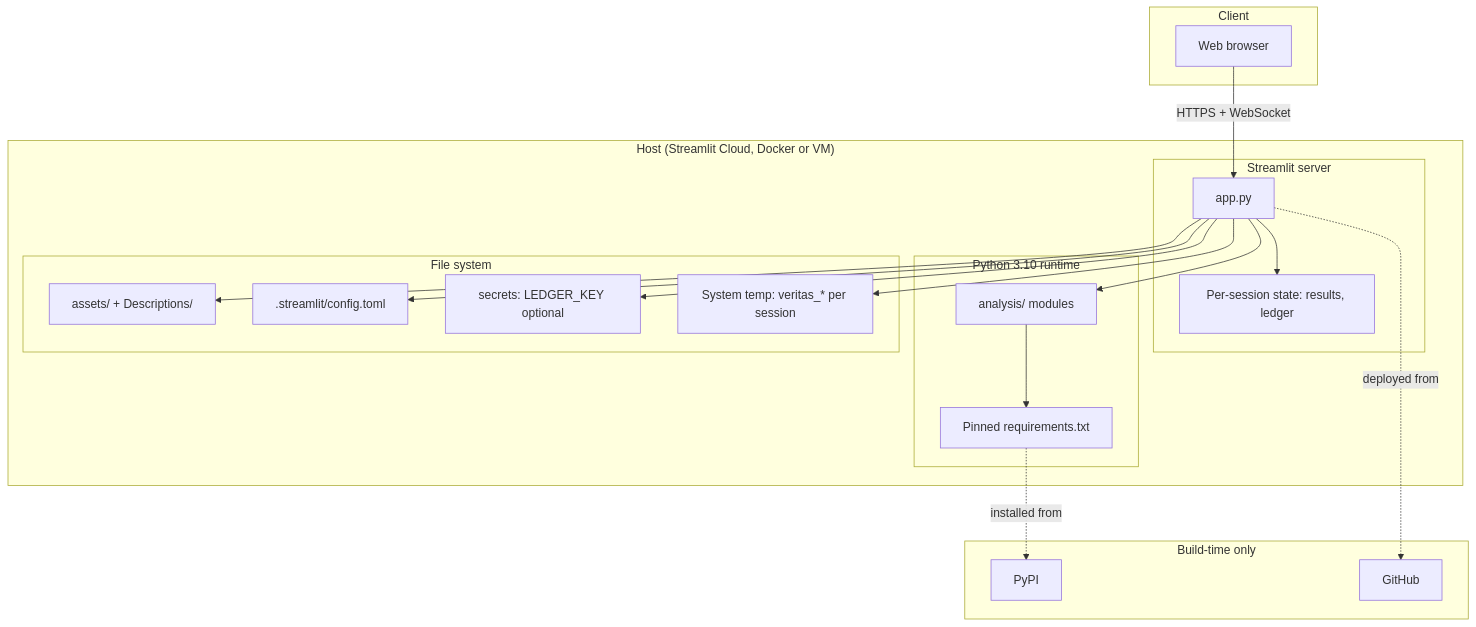
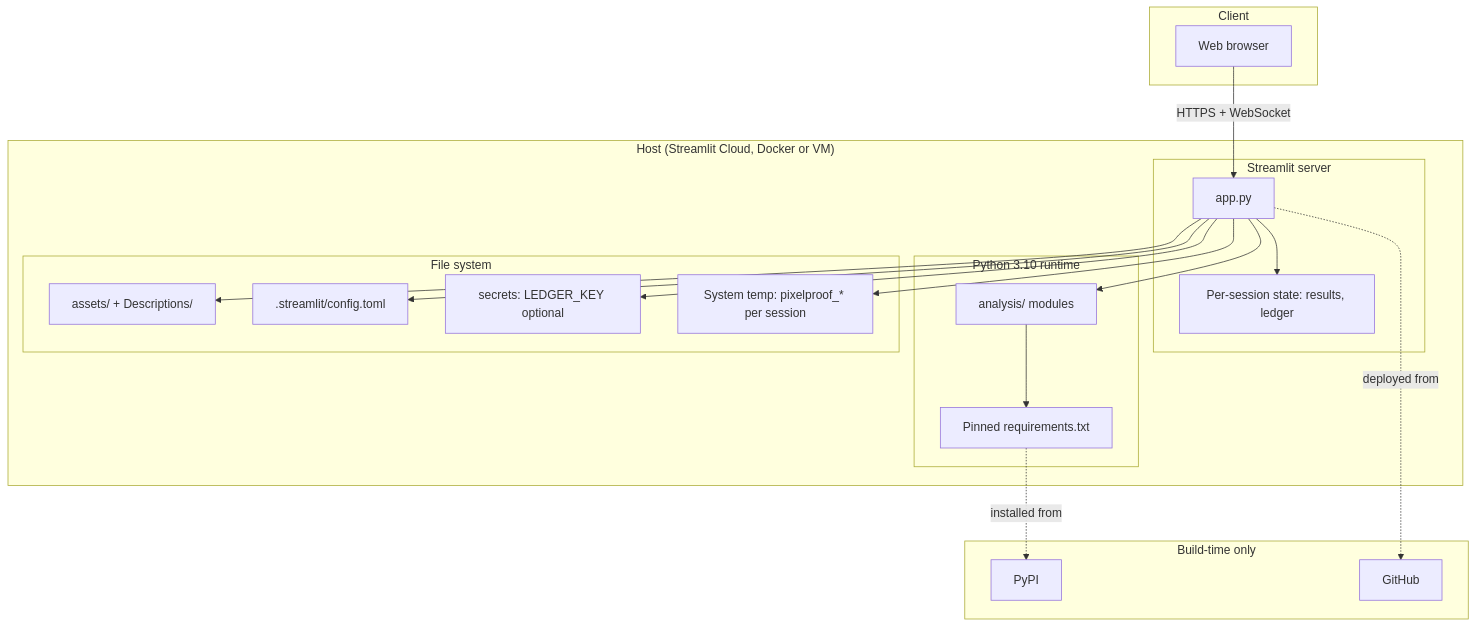
One commit to karanLokhande29/pixelproof changed the seventh of 7 diagrams in docs/Documentation.md. Above: the diagram before and after it, drawn with Mermaid. The commit also changed other lines of this file and 43 other files, not shown here.

````diff
--- a/docs/Documentation.md
+++ b/docs/Documentation.md
@@ -559,39 +559,39 @@
 ```mermaid
 graph TB
     subgraph "Client"
         Browser[Web browser]
     end
 
     subgraph "Host (Streamlit Cloud, Docker or VM)"
         subgraph "Streamlit server"
             App[app.py]
             Sessions[Per-session state: results, ledger]
         end
         subgraph "Python 3.10 runtime"
             Analysis[analysis/ modules]
             Libs[Pinned requirements.txt]
         end
         subgraph "File system"
             Assets[assets/ + Descriptions/]
             Config[.streamlit/config.toml]
             Secrets[secrets: LEDGER_KEY optional]
-            Tmp[System temp: veritas_* per session]
+            Tmp[System temp: pixelproof_* per session]
         end
     end
 
     subgraph "Build-time only"
         PyPI[PyPI]
         GitHub[GitHub]
     end
 
     Browser -->|HTTPS + WebSocket| App
     App --> Sessions
     App --> Analysis
     Analysis --> Libs
     App --> Assets
     App --> Config
     App --> Secrets
     App --> Tmp
     Libs -.installed from.-> PyPI
     App -.deployed from.-> GitHub
 ```
````
